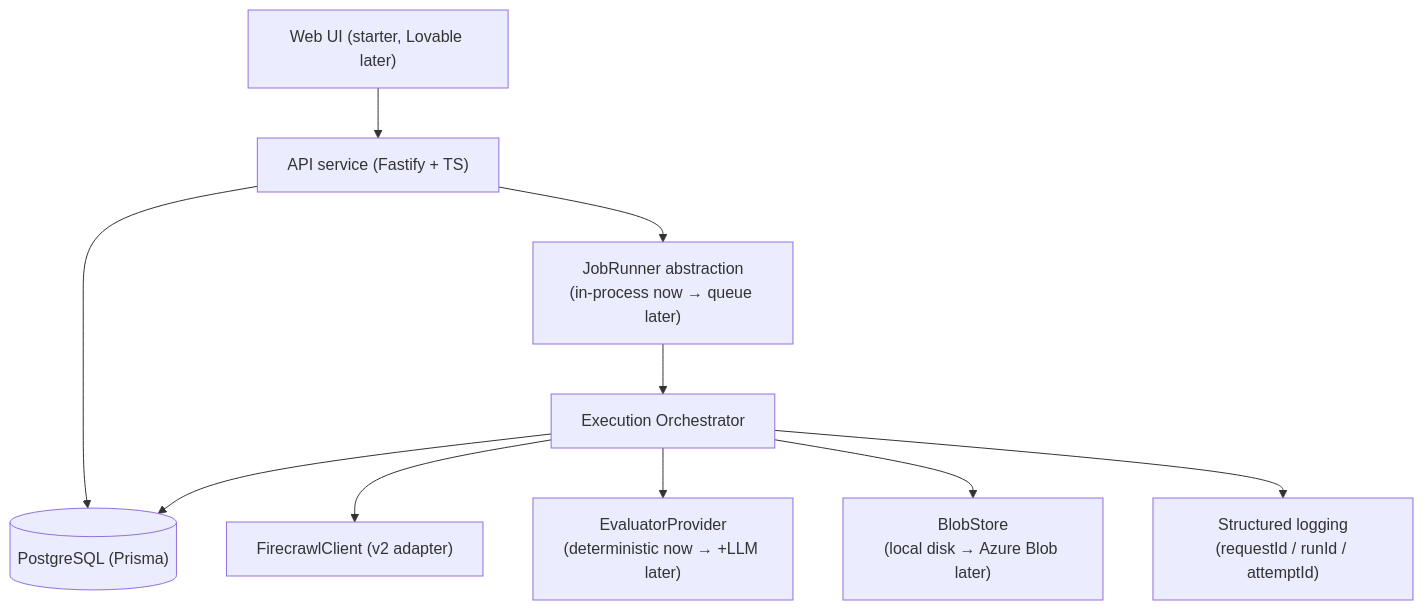
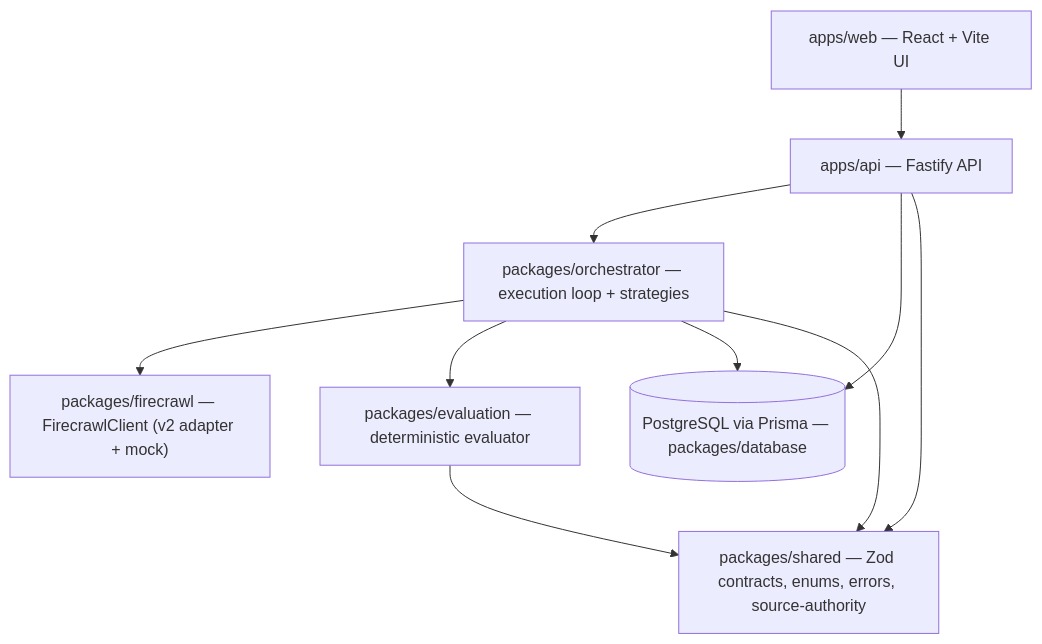
Before and after one commit to PeterYousefi/crawlops: the first of 5 diagrams in docs/ARCHITECTURE.md, drawn with Mermaid. The commit also changed other lines of this file and 8 other files, not shown here.

First line of the commit message:
docs: document CrawlOps architecture and demo

````diff
--- a/docs/ARCHITECTURE.md
+++ b/docs/ARCHITECTURE.md
@@ -15,12 +7,12 @@
 ```mermaid
 flowchart TD
-    UI["Web UI (starter, Lovable later)"] --> API["API service (Fastify + TS)"]
-    API --> DB[("PostgreSQL (Prisma)")]
-    API --> JOBS["JobRunner abstraction<br/>(in-process now → queue later)"]
-    JOBS --> ORCH["Execution Orchestrator"]
-    ORCH --> FC["FirecrawlClient (v2 adapter)"]
-    ORCH --> EVAL["EvaluatorProvider<br/>(deterministic now → +LLM later)"]
+    Web["apps/web — React + Vite UI"] --> API["apps/api — Fastify API"]
+    API --> ORCH["packages/orchestrator — execution loop + strategies"]
+    ORCH --> FC["packages/firecrawl — FirecrawlClient (v2 adapter + mock)"]
+    ORCH --> EVAL["packages/evaluation — deterministic evaluator"]
+    API --> DB[("PostgreSQL via Prisma — packages/database")]
     ORCH --> DB
-    ORCH --> BLOB["BlobStore<br/>(local disk → Azure Blob later)"]
-    ORCH --> LOG["Structured logging<br/>(requestId / runId / attemptId)"]
+    API --> SHARED["packages/shared — Zod contracts, enums, errors, source-authority"]
+    EVAL --> SHARED
+    ORCH --> SHARED
 ```
````
